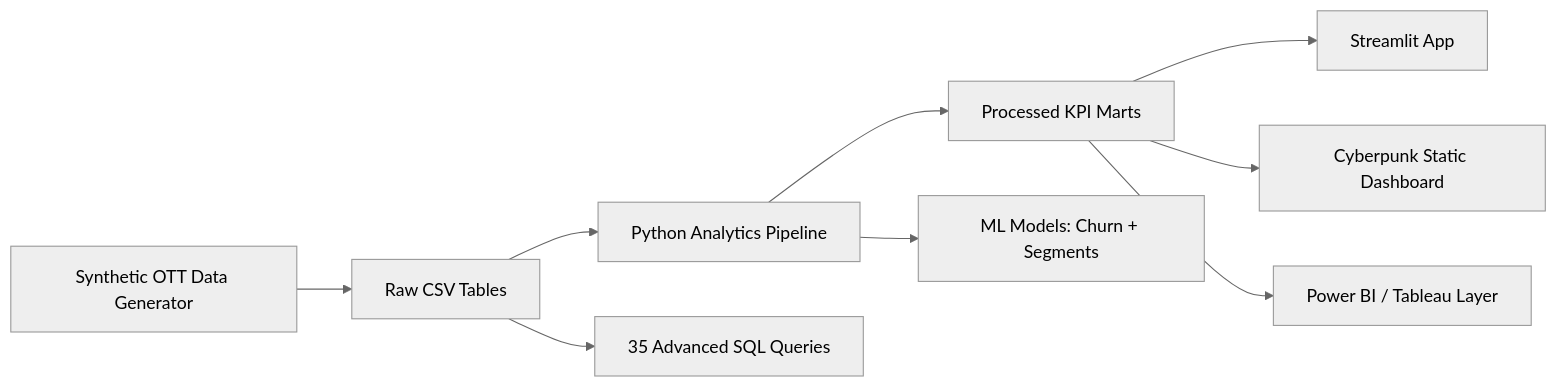
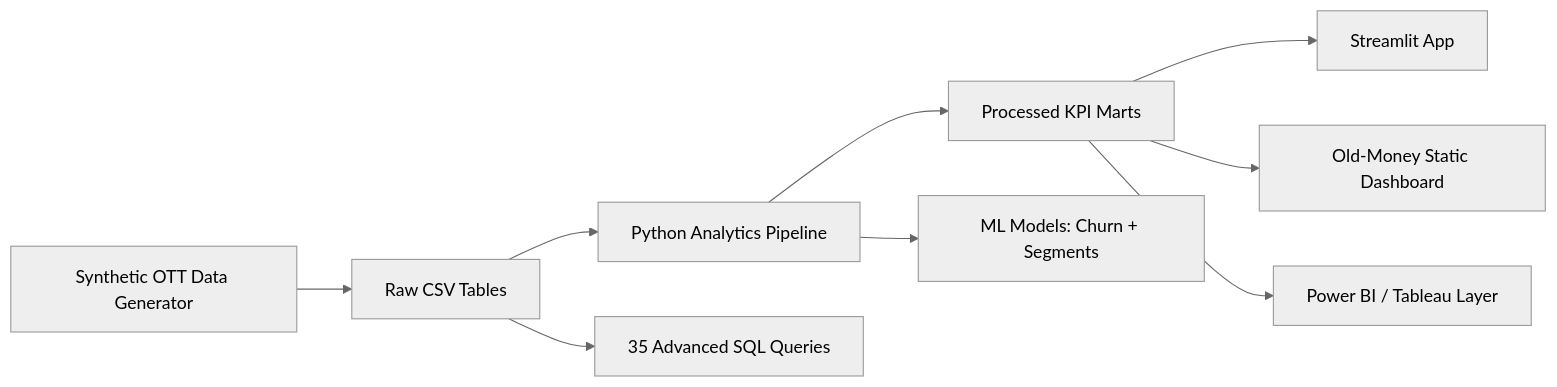
One commit to shivammhjn1302/netflix-content-engagement-analytics changed the diagram in README.md. Above: the diagram before and after it, drawn with Mermaid (neutral theme). The commit also changed other lines of this file and 7 other files, not shown here.

Commit message:
Retheme analytics suite with old money wood design

````diff
--- a/README.md
+++ b/README.md
@@ -27,11 +27,11 @@
 ```mermaid
 flowchart LR
     A[Synthetic OTT Data Generator] --> B[Raw CSV Tables]
     B --> C[Python Analytics Pipeline]
     C --> D[Processed KPI Marts]
     C --> E[ML Models: Churn + Segments]
     D --> F[Streamlit App]
-    D --> G[Cyberpunk Static Dashboard]
+    D --> G[Old-Money Static Dashboard]
     D --> H[Power BI / Tableau Layer]
     B --> I[35 Advanced SQL Queries]
 ```
````
